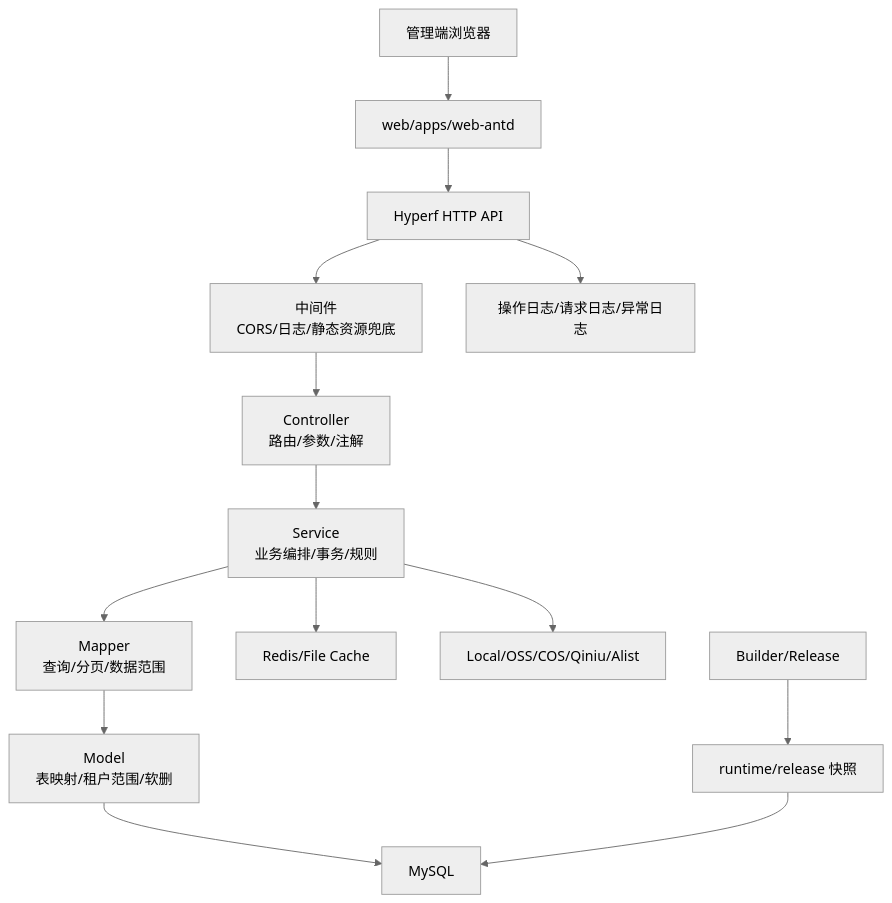
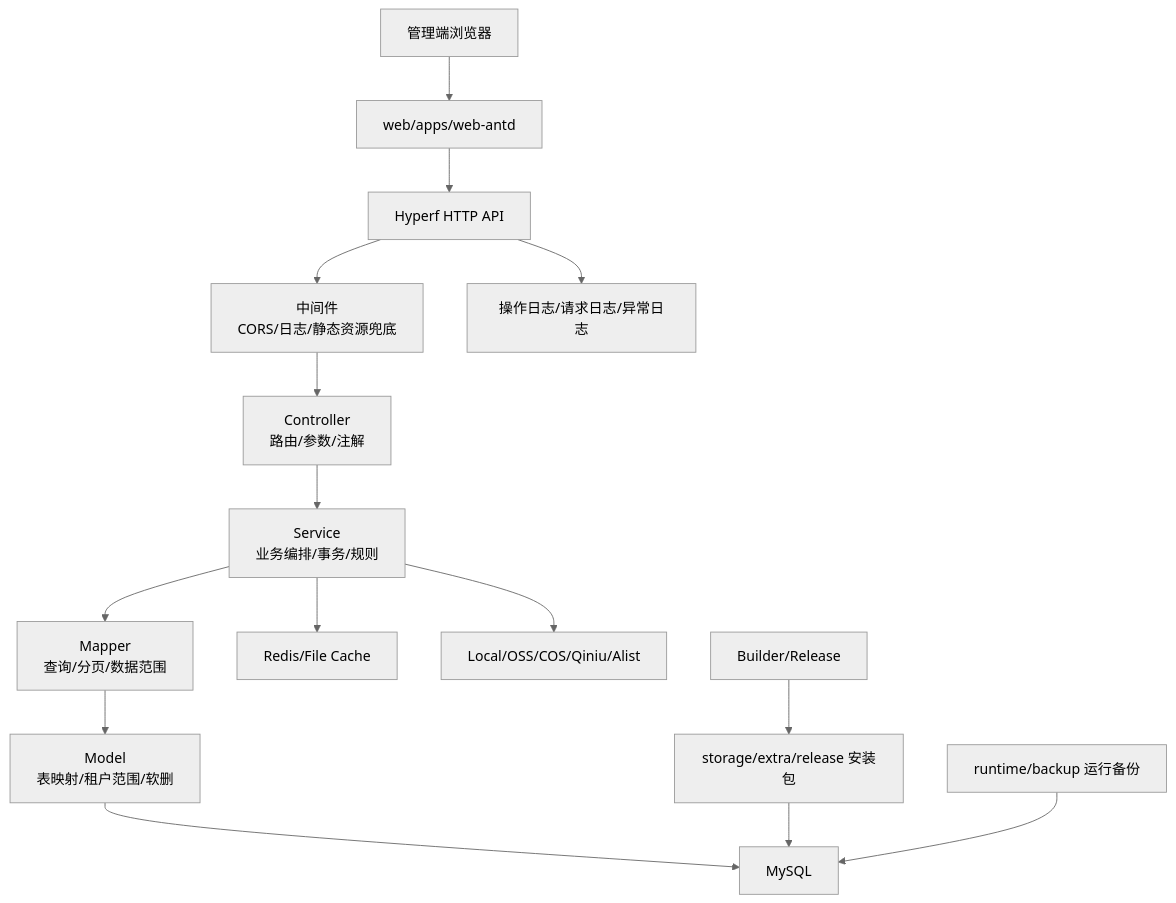
Before and after one commit to zoujingli/SmartAdmin: the first of 2 diagrams in docs/架构设计/系统架构.md, drawn with Mermaid (neutral theme). The commit also changed other lines of this file and 329 other files, not shown here.

````diff
--- a/docs/架构设计/系统架构.md
+++ b/docs/架构设计/系统架构.md
@@ -7,16 +7,17 @@
 ```mermaid
 flowchart TB
   Browser["管理端浏览器"] --> Web["web/apps/web-antd"]
   Web --> API["Hyperf HTTP API"]
   API --> Middleware["中间件\nCORS/日志/静态资源兜底"]
   Middleware --> Controller["Controller\n路由/参数/注解"]
   Controller --> Service["Service\n业务编排/事务/规则"]
   Service --> Mapper["Mapper\n查询/分页/数据范围"]
   Mapper --> Model["Model\n表映射/租户范围/软删"]
   Model --> DB["MySQL"]
   Service --> Redis["Redis/File Cache"]
   Service --> Storage["Local/OSS/COS/Qiniu/Alist"]
   API --> Logs["操作日志/请求日志/异常日志"]
-  Builder["Builder/Release"] --> Snapshot["runtime/release 快照"]
+  Builder["Builder/Release"] --> Snapshot["storage/extra/release 安装包"]
   Snapshot --> DB
+  RuntimeBackup["runtime/backup 运行备份"] --> DB
 ```
````
